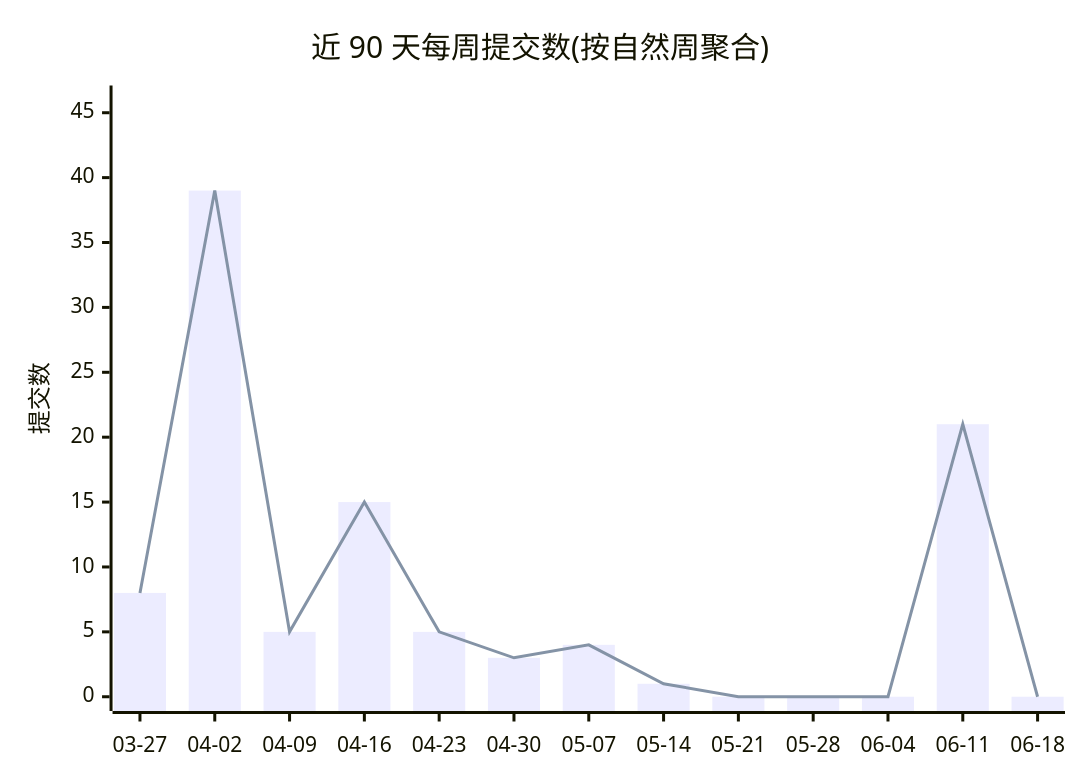
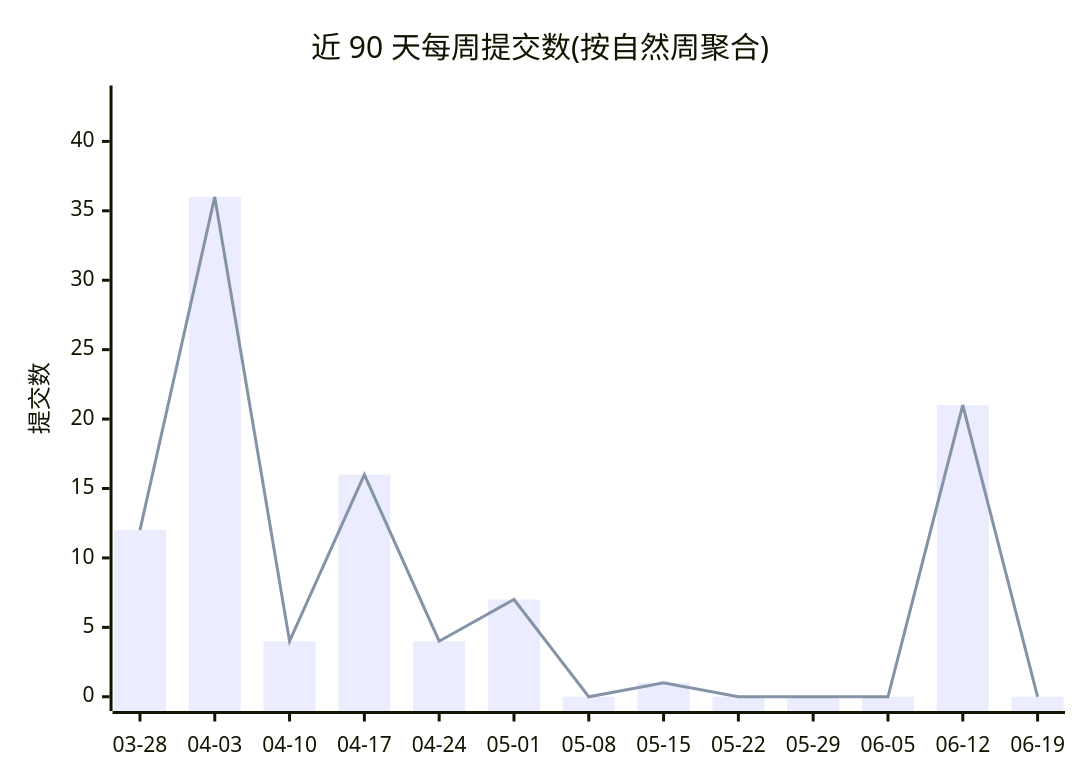
The first of 2 diagrams in profile/README.md (Conflux-Union/.github), drawn with Mermaid before and after one commit. The commit also changed other lines of this file and 1 other file, not shown here.

Commit message:
chore(stats): refresh org commit stats

````diff
--- a/profile/README.md
+++ b/profile/README.md
@@ -44,8 +44,8 @@
 ```mermaid
 xychart-beta
     title "近 90 天每周提交数(按自然周聚合)"
-    x-axis ["03-27", "04-02", "04-09", "04-16", "04-23", "04-30", "05-07", "05-14", "05-21", "05-28", "06-04", "06-11", "06-18"]
-    y-axis "提交数" 0 --> 46
-    bar [8, 39, 5, 15, 5, 3, 4, 1, 0, 0, 0, 21, 0]
-    line [8, 39, 5, 15, 5, 3, 4, 1, 0, 0, 0, 21, 0]
+    x-axis ["03-28", "04-03", "04-10", "04-17", "04-24", "05-01", "05-08", "05-15", "05-22", "05-29", "06-05", "06-12", "06-19"]
+    y-axis "提交数" 0 --> 43
+    bar [12, 36, 4, 16, 4, 7, 0, 1, 0, 0, 0, 21, 0]
+    line [12, 36, 4, 16, 4, 7, 0, 1, 0, 0, 0, 21, 0]
 ```
````
